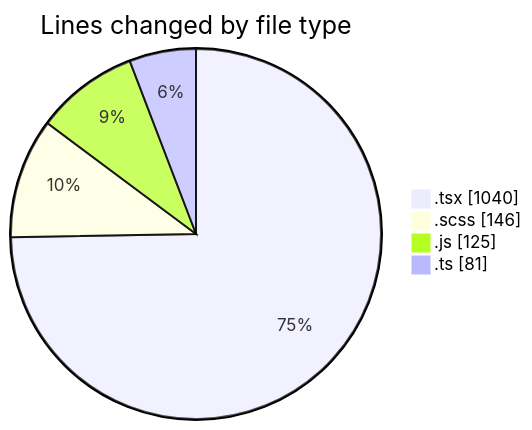
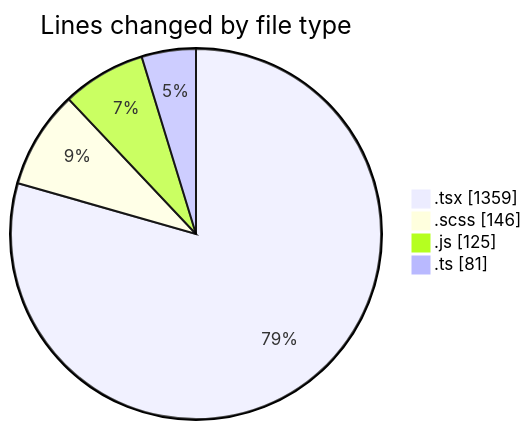
One commit to momahboobian/code-tracking changed the first of 2 diagrams in 2026-04-24/cda/README.md. Above: the diagram before and after it, drawn with Mermaid. The commit also changed other lines of this file and 1 other file, not shown here.

````diff
--- a/2026-04-24/cda/README.md
+++ b/2026-04-24/cda/README.md
@@ -31,8 +31,8 @@
 ```mermaid
 pie showData
 title Lines changed by file type
-".tsx" : 1040
+".tsx" : 1359
 ".scss" : 146
 ".js" : 125
 ".ts" : 81
 ```
````
